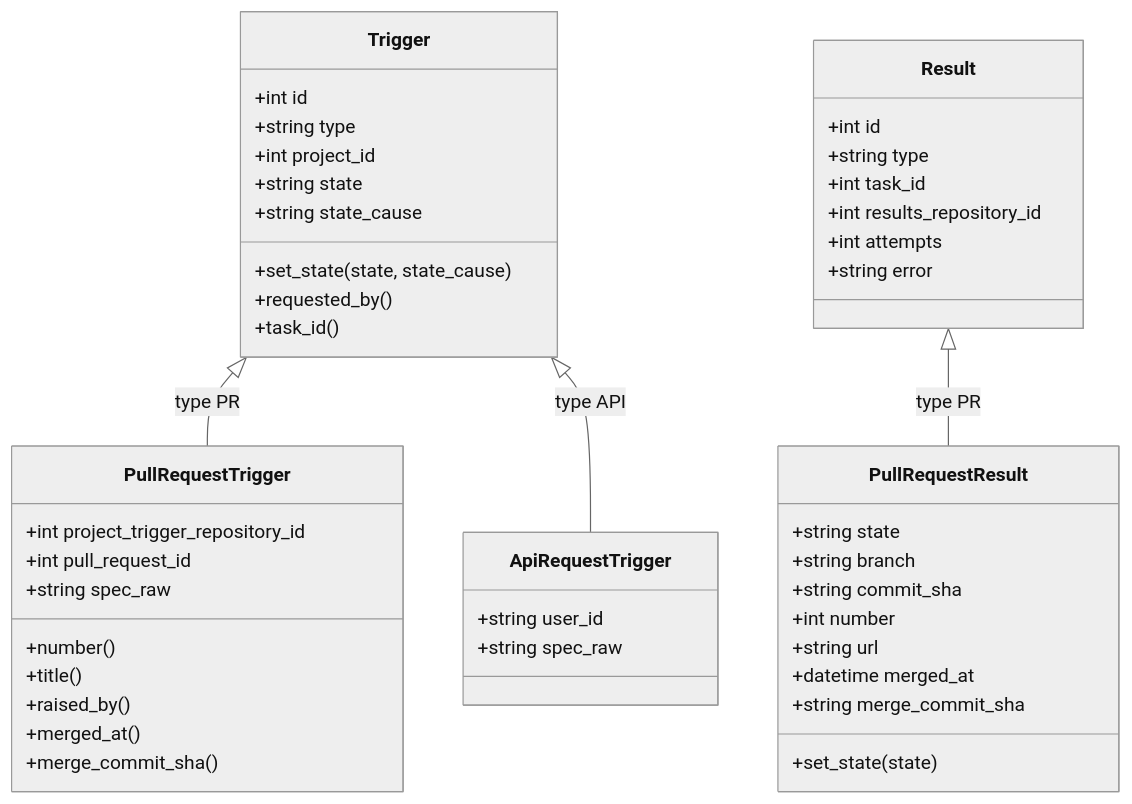
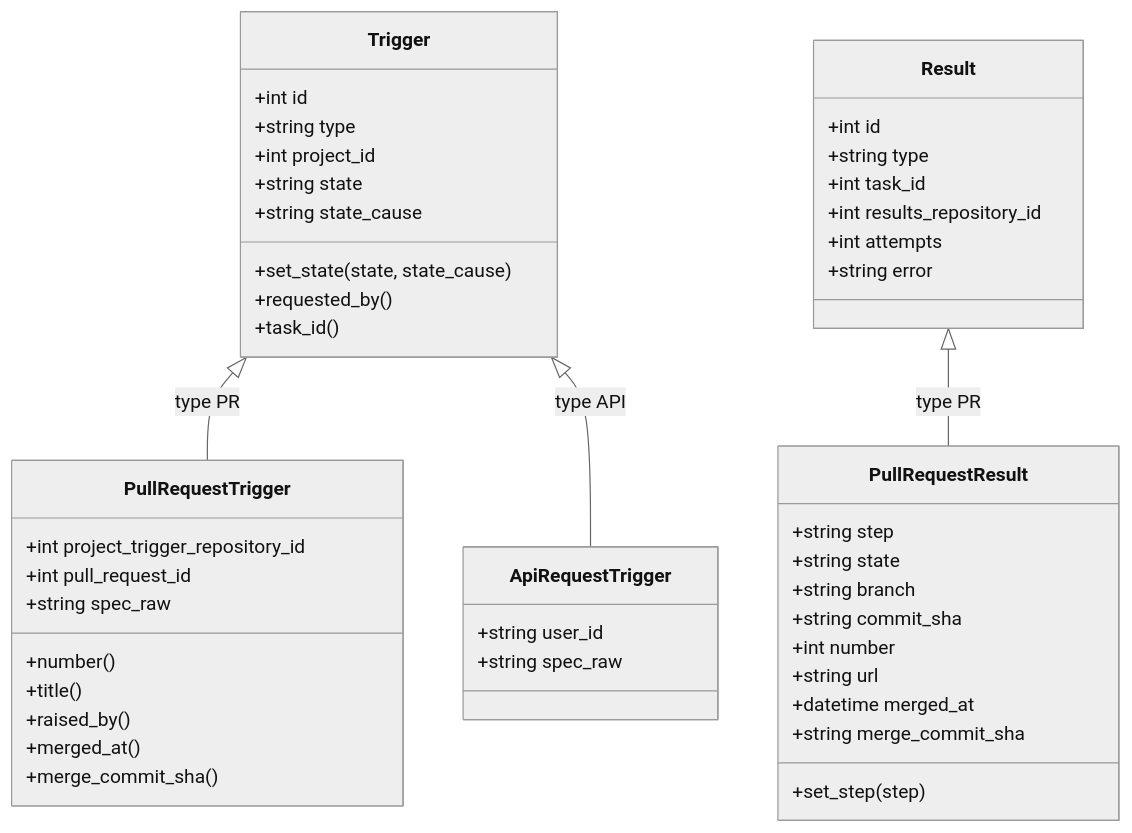
One commit to Aridhia-Open-Source/PHEMS_federated_node changed the second of 5 diagrams in docs/architecture/entities.md. Above: the diagram before and after it, drawn with Mermaid (neutral theme). The commit also changed other lines of this file and 2 other files, not shown here.

First line of the commit message:
Docs: flows, entities and ADR 0009 match the merged code

````diff
--- a/docs/architecture/entities.md
+++ b/docs/architecture/entities.md
@@ -186,49 +195,50 @@
 ```mermaid
 classDiagram
     class Trigger {
         +int id
         +string type
         +int project_id
         +string state
         +string state_cause
         +set_state(state, state_cause)
         +requested_by()
         +task_id()
     }
     class PullRequestTrigger {
         +int project_trigger_repository_id
         +int pull_request_id
         +string spec_raw
         +number()
         +title()
         +raised_by()
         +merged_at()
         +merge_commit_sha()
     }
     class ApiRequestTrigger {
         +string user_id
         +string spec_raw
     }
     Trigger <|-- PullRequestTrigger : type PR
     Trigger <|-- ApiRequestTrigger : type API
 
     class Result {
         +int id
         +string type
         +int task_id
         +int results_repository_id
         +int attempts
         +string error
     }
     class PullRequestResult {
+        +string step
         +string state
         +string branch
         +string commit_sha
         +int number
         +string url
         +datetime merged_at
         +string merge_commit_sha
-        +set_state(state)
+        +set_step(step)
     }
     Result <|-- PullRequestResult : type PR
 ```
````
